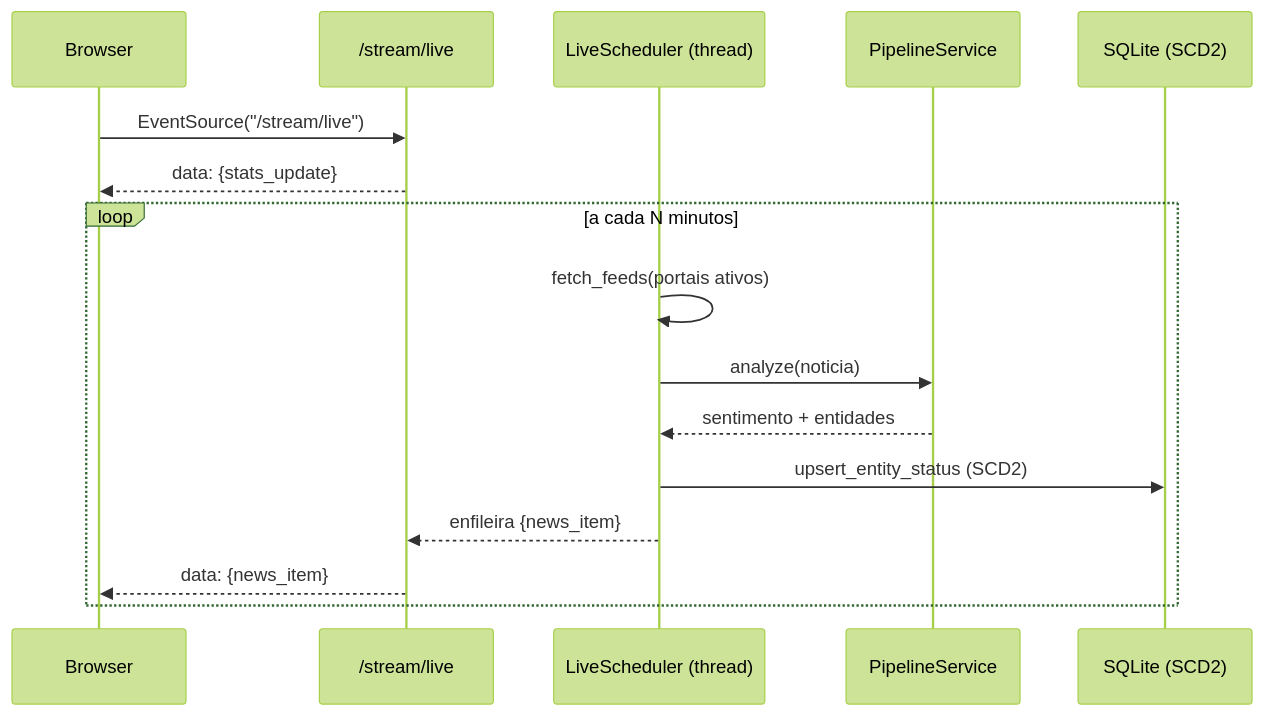
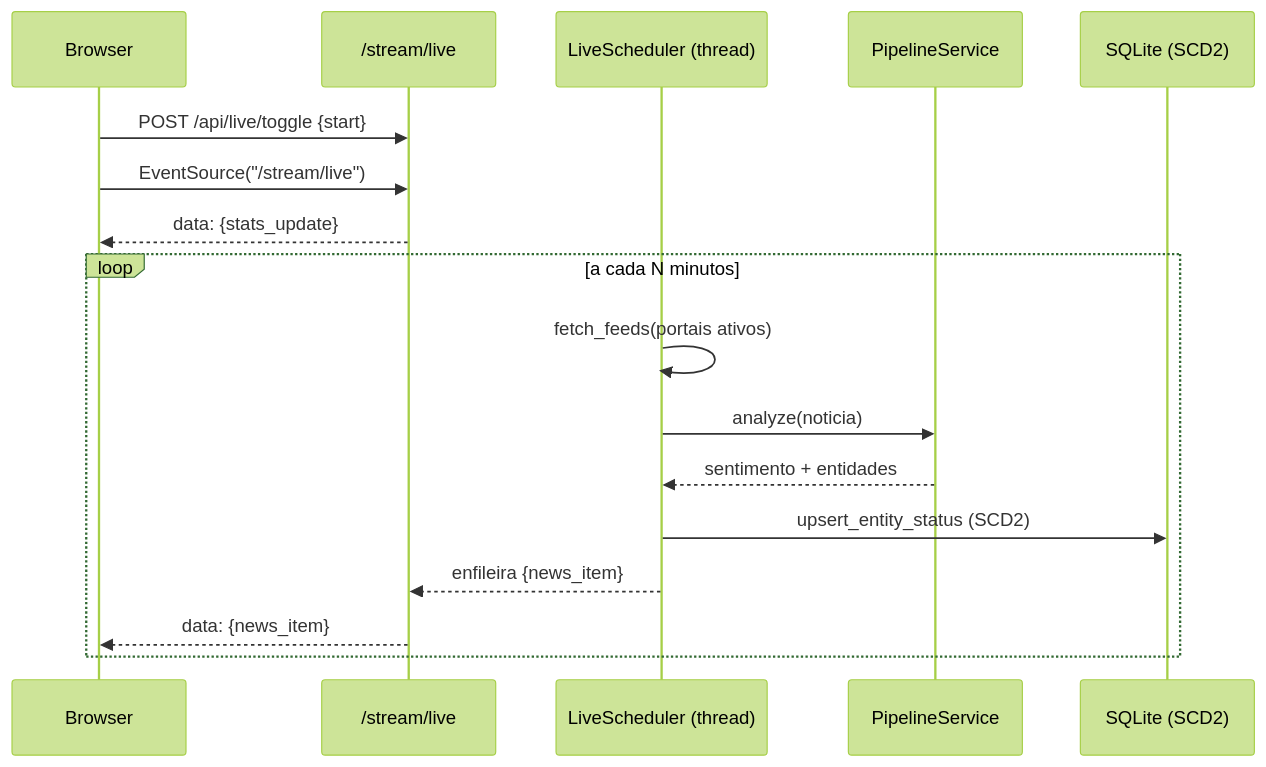
One commit to fabioffigueiredo/finnlp_performance_attribution changed the second of 2 diagrams in README.md. Above: the diagram before and after it, drawn with Mermaid (forest theme). The commit also changed other lines of this file and 12 other files, not shown here.

````diff
--- a/README.md
+++ b/README.md
@@ -138,19 +138,20 @@
 ```mermaid
 sequenceDiagram
     participant B as Browser
     participant L as /stream/live
     participant S as LiveScheduler (thread)
     participant P as PipelineService
     participant DB as SQLite (SCD2)
 
+    B->>L: POST /api/live/toggle {start}
     B->>L: EventSource("/stream/live")
     L-->>B: data: {stats_update}
     loop a cada N minutos
         S->>S: fetch_feeds(portais ativos)
         S->>P: analyze(noticia)
         P-->>S: sentimento + entidades
         S->>DB: upsert_entity_status (SCD2)
         S-->>L: enfileira {news_item}
         L-->>B: data: {news_item}
     end
 ```
````
